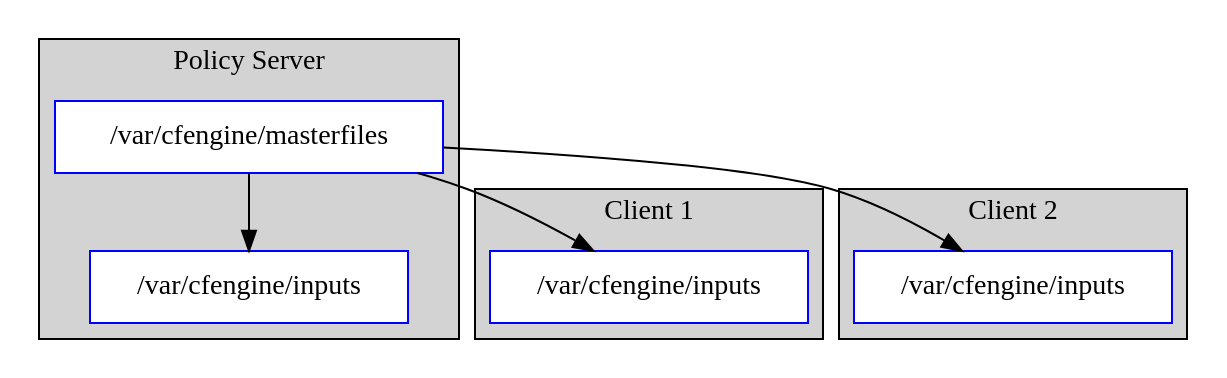
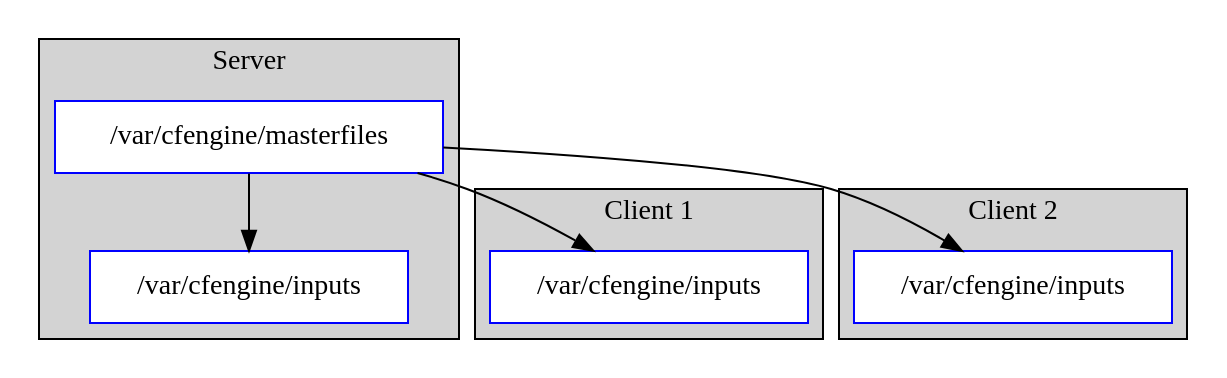
One commit to bahamat/cf-primer changed the diagram in policy_propagation.dot. Above: the diagram before and after it, drawn with Graphviz.

Commit message:
Fix label on server

```diff
--- a/policy_propagation.dot
+++ b/policy_propagation.dot
@@ -1,29 +1,29 @@
 digraph policy_propagation {
   node [ shape = box ];
 
   subgraph cluster_0 {
     h_masterfiles [ label = "/var/cfengine/masterfiles" color = blue style = filled fillcolor = white ]
     h_inputs [ label = "/var/cfengine/inputs" color = blue style = filled fillcolor = white ]
     h_masterfiles -> h_inputs;
-    label = "Policy Server";
+    label = "Server";
     style = filled;
   }
 
   subgraph cluster_1 {
     c1_inputs [ label = "/var/cfengine/inputs" color = blue style = filled fillcolor = white ]
     c1_inputs;
     label = "Client 1";
     style = filled;
   }
 
   subgraph cluster_2 {
     c2_inputs [ label = "/var/cfengine/inputs" color = blue style = filled fillcolor = white ]
     c2_inputs;
     label = "Client 2";
     style = filled;
   }
 
   h_masterfiles -> c1_inputs;
   h_masterfiles -> c2_inputs;
 
 }
```
